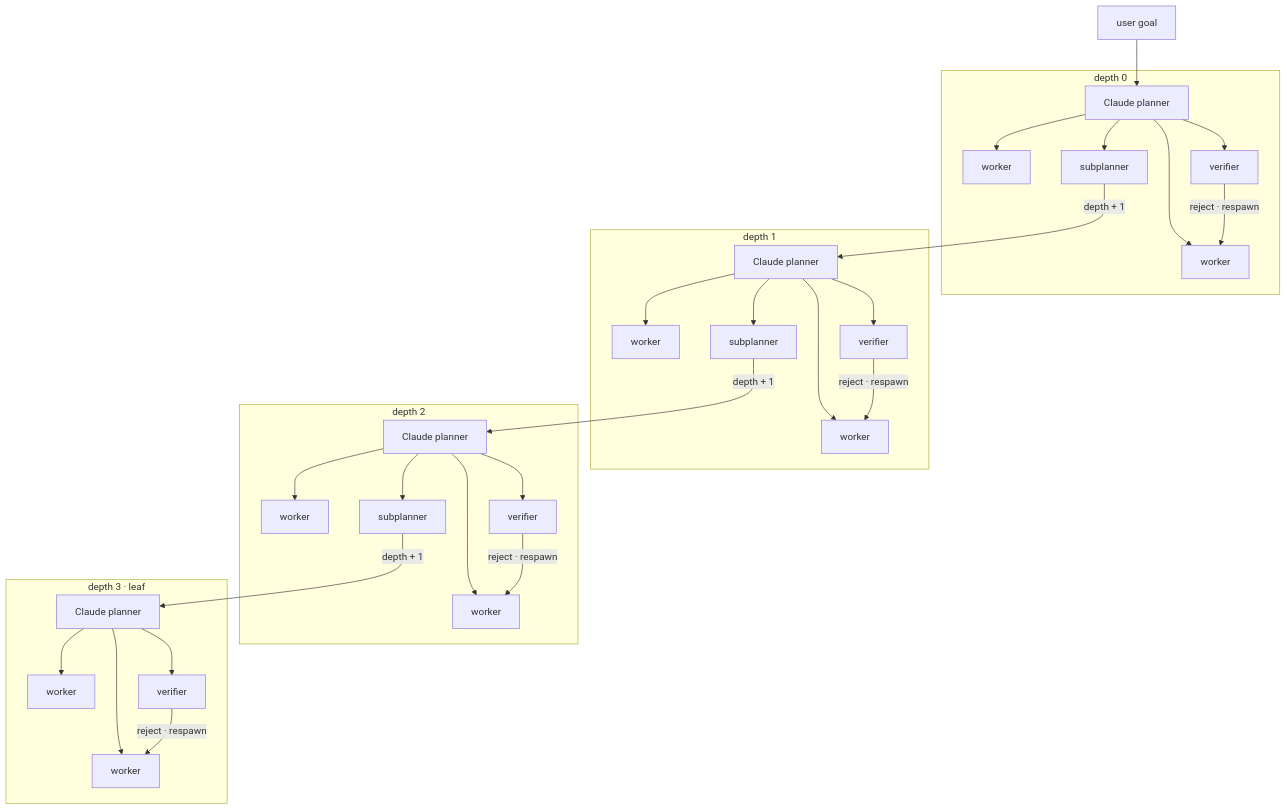
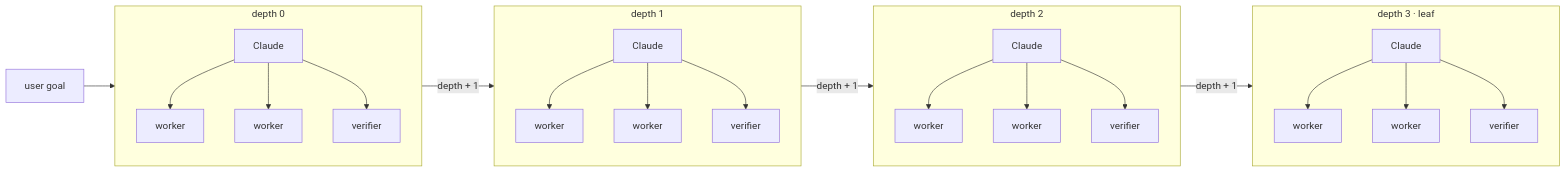
Before and after one commit to ranjan2829/Alpha-throttle-test: the diagram in README.md, drawn with Mermaid. The commit also changed other lines of this file, not shown here.

Commit message:
Draw the recursive tree left-to-right for screenshots

````diff
--- a/README.md
+++ b/README.md
@@ -59,59 +41,41 @@
 ```mermaid
-flowchart TB
+flowchart LR
   G[user goal]
 
   subgraph D0["depth 0"]
-    P0["Claude planner"]
-    W0a[worker]
-    W0b[worker]
-    V0[verifier]
-    S0[subplanner]
-    P0 --> W0a
-    P0 --> W0b
-    P0 --> V0
-    P0 --> S0
+    direction TB
+    P0[Claude]
+    P0 --> W0[worker]
+    P0 --> W0b[worker]
+    P0 --> V0[verifier]
   end
 
   subgraph D1["depth 1"]
-    P1["Claude planner"]
-    W1a[worker]
-    W1b[worker]
-    V1[verifier]
-    S1[subplanner]
-    P1 --> W1a
-    P1 --> W1b
-    P1 --> V1
-    P1 --> S1
+    direction TB
+    P1[Claude]
+    P1 --> W1[worker]
+    P1 --> W1b[worker]
+    P1 --> V1[verifier]
   end
 
   subgraph D2["depth 2"]
-    P2["Claude planner"]
-    W2a[worker]
-    W2b[worker]
-    V2[verifier]
-    S2[subplanner]
-    P2 --> W2a
-    P2 --> W2b
-    P2 --> V2
-    P2 --> S2
+    direction TB
+    P2[Claude]
+    P2 --> W2[worker]
+    P2 --> W2b[worker]
+    P2 --> V2[verifier]
   end
 
   subgraph D3["depth 3 · leaf"]
-    P3["Claude planner"]
-    W3a[worker]
-    W3b[worker]
-    V3[verifier]
-    P3 --> W3a
-    P3 --> W3b
-    P3 --> V3
+    direction TB
+    P3[Claude]
+    P3 --> W3[worker]
+    P3 --> W3b[worker]
+    P3 --> V3[verifier]
   end
 
   G --> P0
-  S0 -->|"depth + 1"| P1
-  S1 -->|"depth + 1"| P2
-  S2 -->|"depth + 1"| P3
-  V0 -->|reject · respawn| W0a
-  V1 -->|reject · respawn| W1a
-  V2 -->|reject · respawn| W2a
-  V3 -->|reject · respawn| W3a
+  P0 -->|depth + 1| P1
+  P1 -->|depth + 1| P2
+  P2 -->|depth + 1| P3
 ```
````
